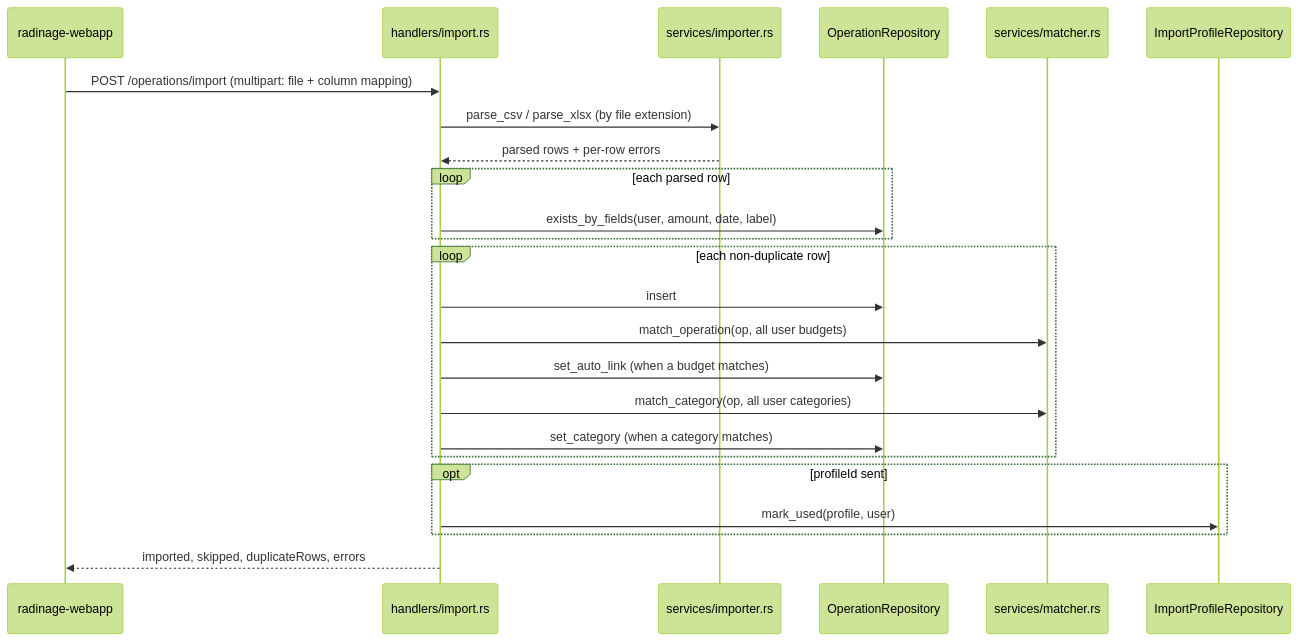
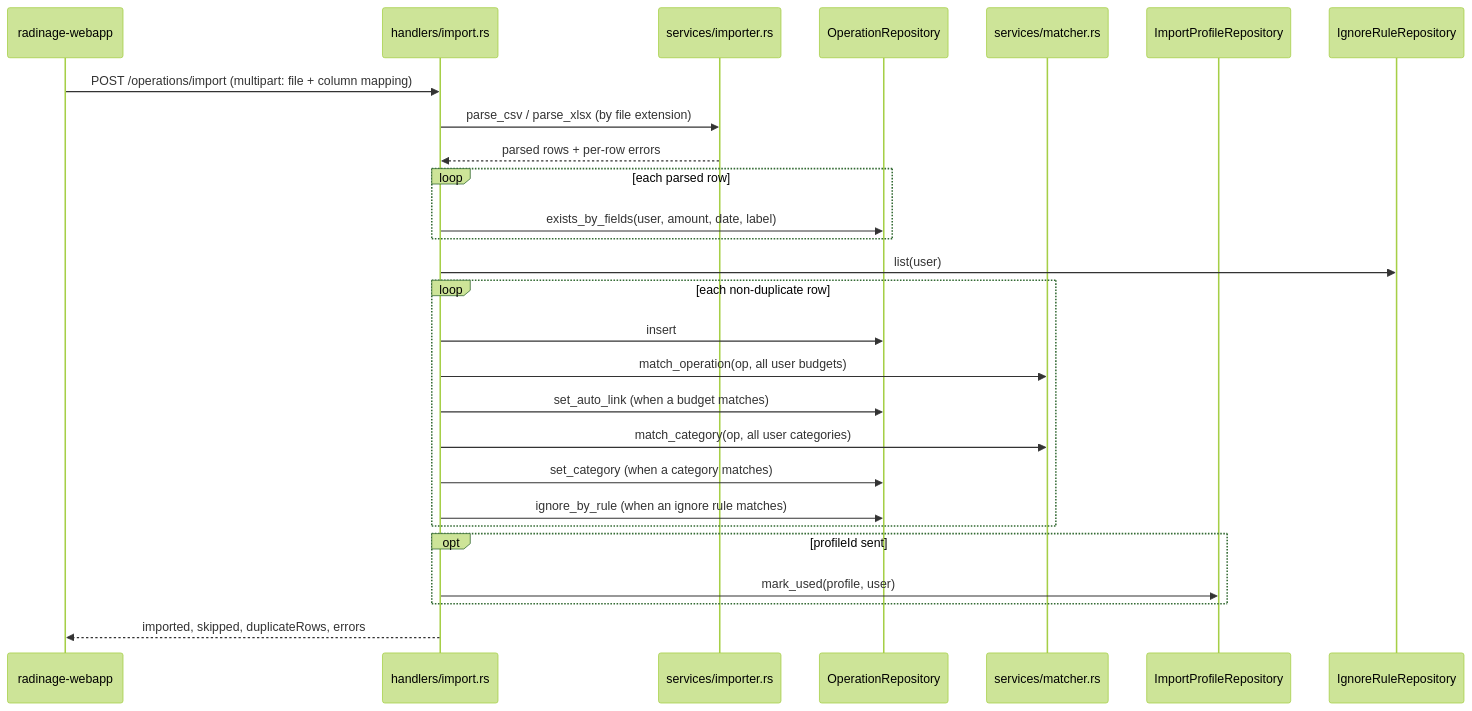
One commit to leroyguillaume/radinage changed the second of 2 diagrams in ARCHITECTURE.md. Above: the diagram before and after it, drawn with Mermaid (forest theme). The commit also changed other lines of this file and 43 other files, not shown here.

Commit message:
operations: ignore operations automatically by rule (#81)

````diff
--- a/ARCHITECTURE.md
+++ b/ARCHITECTURE.md
@@ -106,26 +106,29 @@
 ```mermaid
 sequenceDiagram
     participant SPA as radinage-webapp
     participant H as handlers/import.rs
     participant I as services/importer.rs
     participant R as OperationRepository
     participant M as services/matcher.rs
     participant P as ImportProfileRepository
+    participant G as IgnoreRuleRepository
     SPA->>H: POST /operations/import (multipart: file + column mapping)
     H->>I: parse_csv / parse_xlsx (by file extension)
     I-->>H: parsed rows + per-row errors
     loop each parsed row
         H->>R: exists_by_fields(user, amount, date, label)
     end
+    H->>G: list(user)
     loop each non-duplicate row
         H->>R: insert
         H->>M: match_operation(op, all user budgets)
         H->>R: set_auto_link (when a budget matches)
         H->>M: match_category(op, all user categories)
         H->>R: set_category (when a category matches)
+        H->>R: ignore_by_rule (when an ignore rule matches)
     end
     opt profileId sent
         H->>P: mark_used(profile, user)
     end
     H-->>SPA: imported, skipped, duplicateRows, errors
 ```
````
